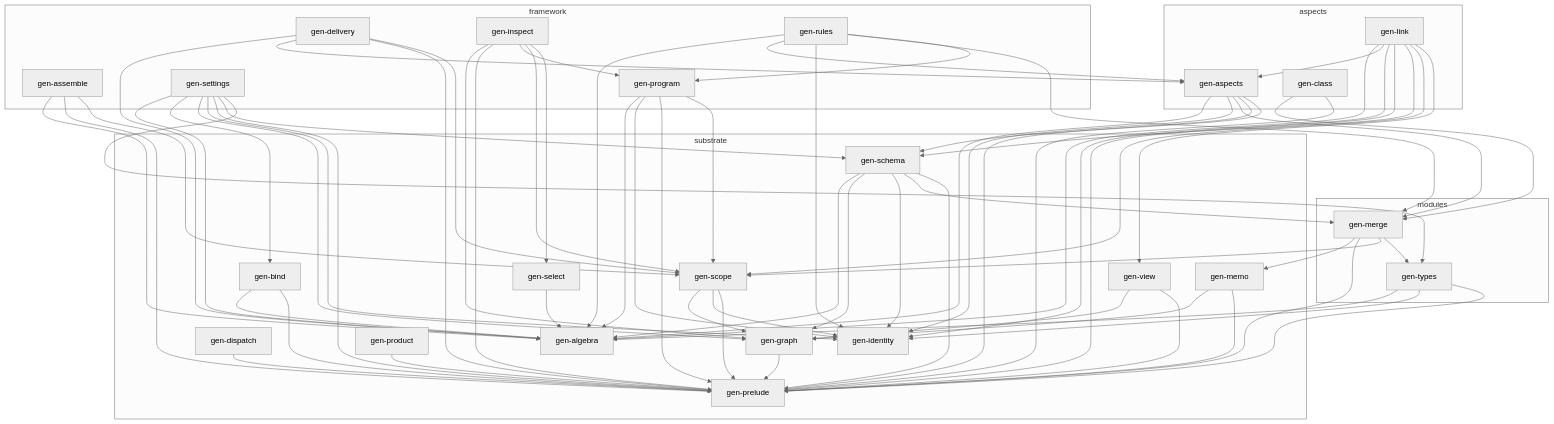
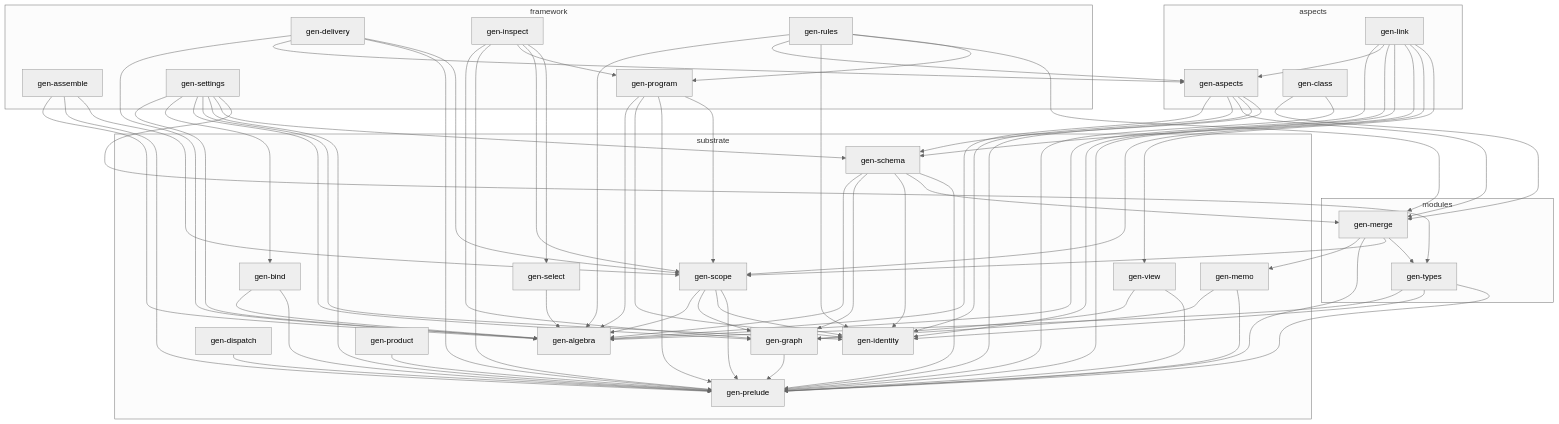
One commit to sini/gen changed the first of 4 diagrams in ARCHITECTURE.md. Above: the diagram before and after it, drawn with Mermaid (neutral theme). The commit also changed 5 other files, not shown here.

```diff
--- a/ARCHITECTURE.md
+++ b/ARCHITECTURE.md
@@ -122,6 +122,7 @@
   gen_schema --> gen_identity
   gen_schema --> gen_merge
   gen_schema --> gen_prelude
+  gen_scope --> gen_algebra
   gen_scope --> gen_graph
   gen_scope --> gen_identity
   gen_scope --> gen_prelude
```
